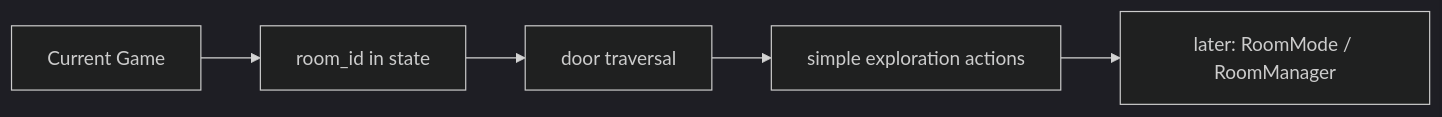
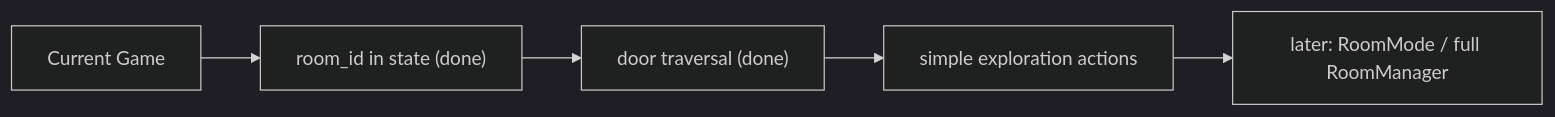
Before and after one commit to GoldenWind8/roguelike-mvp: the first of 6 diagrams in docs/WORLD.md, drawn with Mermaid (dark theme). The commit also changed other lines of this file and 20 other files, not shown here.

````diff
--- a/docs/WORLD.md
+++ b/docs/WORLD.md
@@ -32,7 +36,7 @@
 ```mermaid
 flowchart LR
-    A["Current Game"] --> B["room_id in state"]
-    B --> C["door traversal"]
+    A["Current Game"] --> B["room_id in state (done)"]
+    B --> C["door traversal (done)"]
     C --> D["simple exploration actions"]
-    D --> E["later: RoomMode / RoomManager"]
+    D --> E["later: RoomMode / full RoomManager"]
 ```
````
